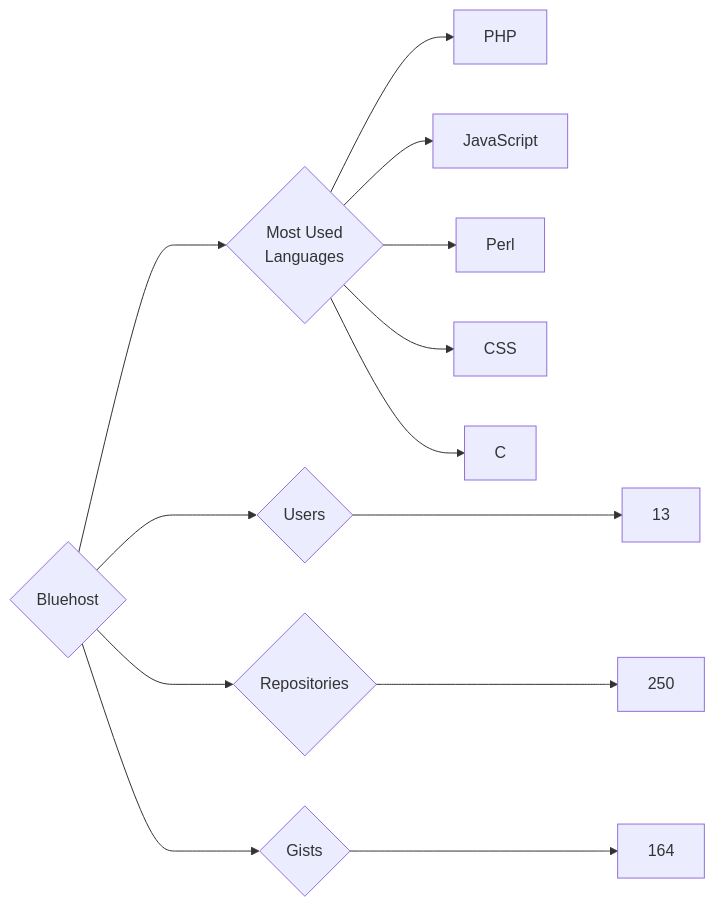
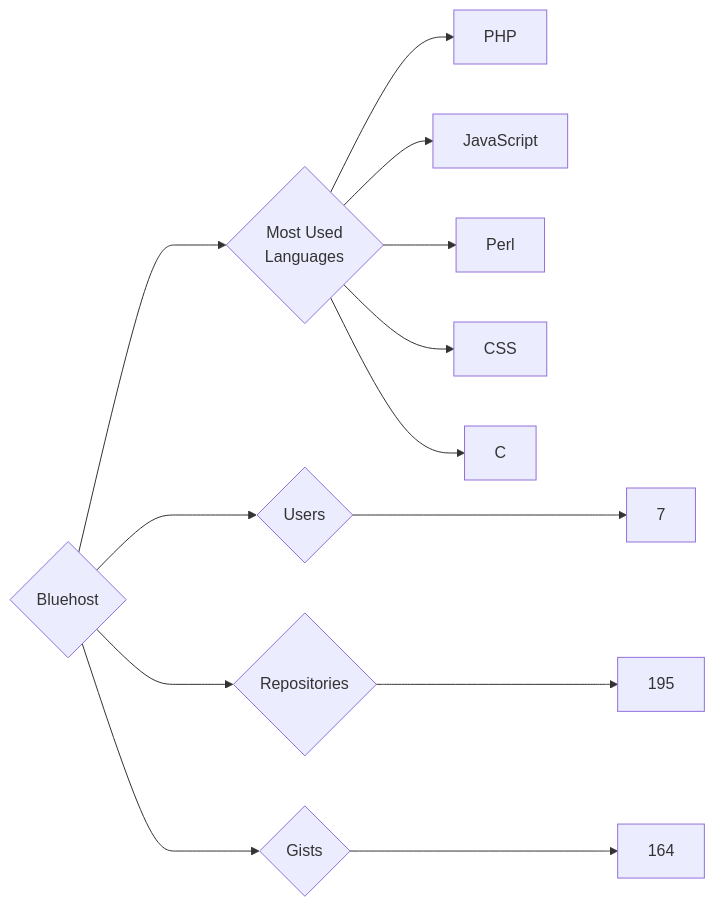
The diagram in targets/Bluehost/README.md (trickest/insiders), drawn with Mermaid before and after one commit. The commit also changed 629 other files, not shown here.

````diff
--- a/targets/Bluehost/README.md
+++ b/targets/Bluehost/README.md
@@ -3,13 +3,13 @@
 ```mermaid
 graph LR
 COMPANY_NAME{Bluehost}
-COMPANY_NAME ---> U{Users} ---> UN[13]
-COMPANY_NAME ---> R{Repositories} ---> RN[250]
+COMPANY_NAME ---> U{Users} ---> UN[7]
+COMPANY_NAME ---> R{Repositories} ---> RN[195]
 COMPANY_NAME ---> G{Gists} ---> GN[164]
 COMPANY_NAME ---> ML{Most Used<br>Languages}
 ML --> PHP[PHP]
 ML --> JavaScript[JavaScript]
 ML --> Perl[Perl]
 ML --> CSS[CSS]
 ML --> C[C]
 ```
````
